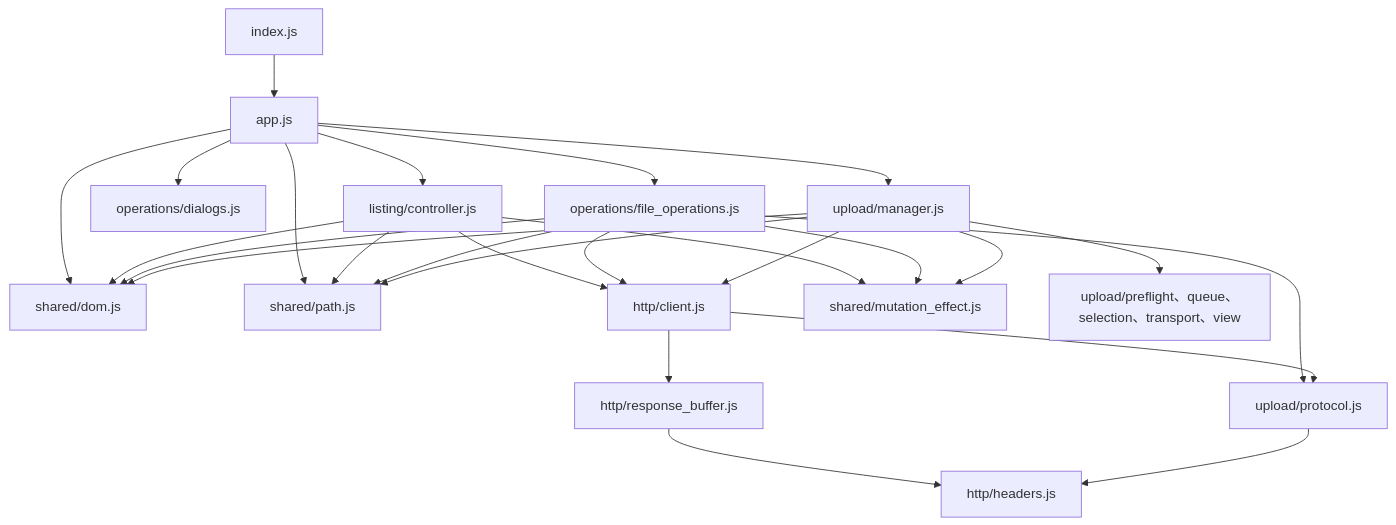
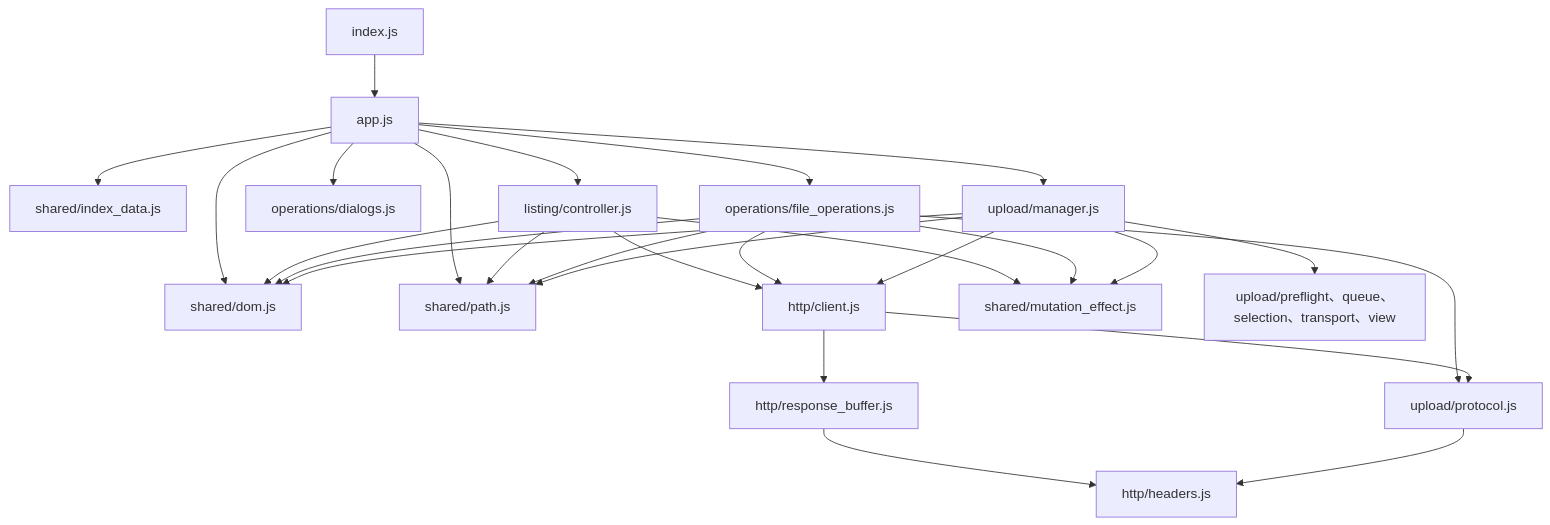
Before and after one commit to isarmg/dufs-ram: the third of 6 diagrams in docs/beginner-guide/06-frontend-guide.md, drawn with Mermaid. The commit also changed other lines of this file and 14 other files, not shown here.

````diff
--- a/docs/beginner-guide/06-frontend-guide.md
+++ b/docs/beginner-guide/06-frontend-guide.md
@@ -216,28 +216,29 @@
 ```mermaid
 flowchart TD
     I[index.js] --> A[app.js]
+    A --> ID[shared/index_data.js]
     A --> D[shared/dom.js]
     A --> P[shared/path.js]
     A --> L[listing/controller.js]
     A --> OD[operations/dialogs.js]
     A --> OF[operations/file_operations.js]
     A --> U[upload/manager.js]
     L --> API[http/client.js]
     L --> D
     L --> P
     L --> M[shared/mutation_effect.js]
     OF --> API
     OF --> D
     OF --> P
     OF --> M
     OF --> PR[upload/protocol.js]
     U --> API
     U --> D
     U --> P
     U --> M
     U --> UH[upload/preflight、queue、selection、transport、view]
     API --> RP[http/response_buffer.js]
     API --> PR
     RP --> HH[http/headers.js]
     PR --> HH
 ```
````
